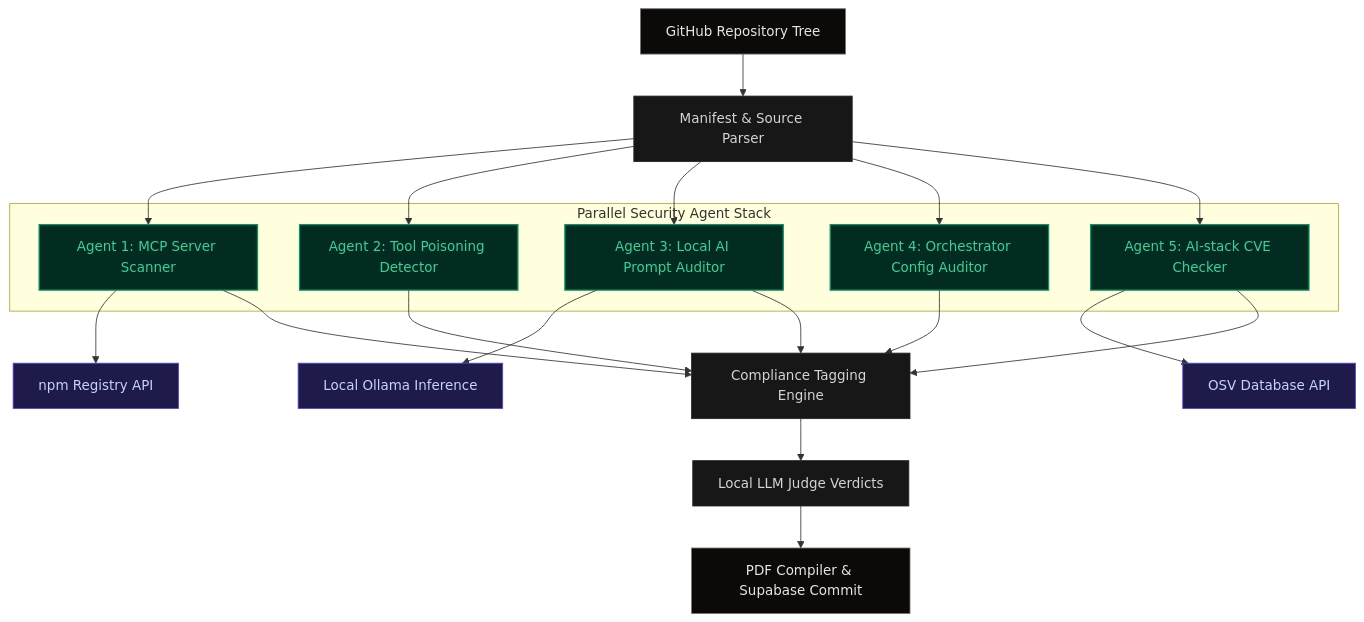
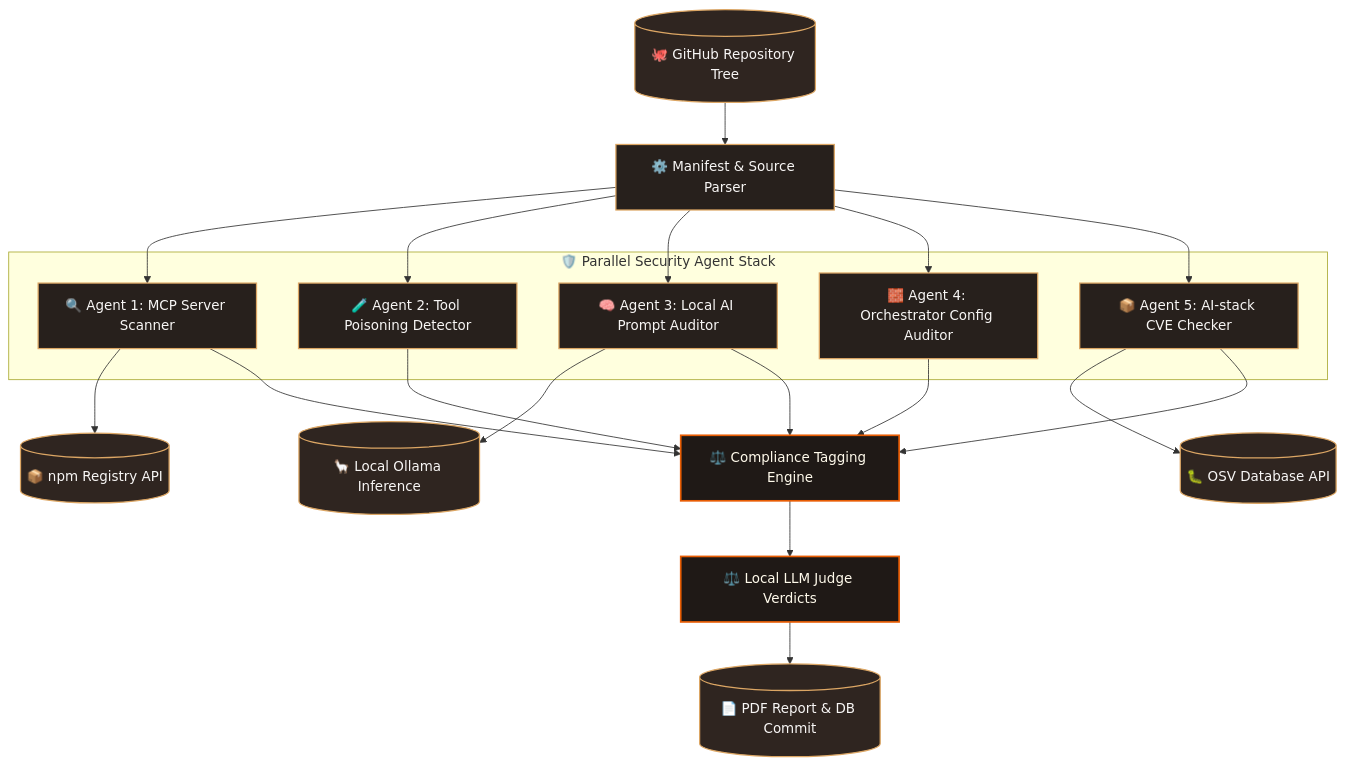
The second of 2 diagrams in docs/TECHNICAL_DOCUMENTATION.md (ritvikindupuri/Ward---MCP-Auditior), drawn with Mermaid before and after one commit. The commit also changed other lines of this file and 1 other file, not shown here.

Commit message:
docs: upgrade architecture and agent flow charts to premium gold-tan themed mermaid diagrams

````diff
--- a/docs/TECHNICAL_DOCUMENTATION.md
+++ b/docs/TECHNICAL_DOCUMENTATION.md
@@ -79,27 +80,37 @@
 ```mermaid
 flowchart TD
-    Repo[GitHub Repository Tree]:::database --> Parser[Manifest & Source Parser]:::default
+    %% Style declarations
+    classDef default fill:#27201c,stroke:#dca664,stroke-width:1.5px,color:#f8f6f5;
+    classDef start fill:#3a2e28,stroke:#dca664,stroke-width:2px,color:#fff;
+    classDef db fill:#2f2520,stroke:#dca664,stroke-width:1.5px,color:#f8f6f5;
+    classDef engine fill:#1f1916,stroke:#e85d04,stroke-width:2px,color:#fffaeb;
+
+    Repo[("🐙 GitHub Repository Tree")]:::db --> Parser["⚙️ Manifest & Source Parser"]:::default
     
-    subgraph Parallel Security Agent Stack
-        A1[Agent 1: MCP Server Scanner]:::highlight
-        A2[Agent 2: Tool Poisoning Detector]:::highlight
-        A3[Agent 3: Local AI Prompt Auditor]:::highlight
-        A4[Agent 4: Orchestrator Config Auditor]:::highlight
-        A5[Agent 5: AI-stack CVE Checker]:::highlight
+    subgraph STACK ["🛡️ Parallel Security Agent Stack"]
+        A1["🔍 Agent 1: MCP Server Scanner"]:::default
+        A2["🧪 Agent 2: Tool Poisoning Detector"]:::default
+        A3["🧠 Agent 3: Local AI Prompt Auditor"]:::default
+        A4["🧱 Agent 4: Orchestrator Config Auditor"]:::default
+        A5["📦 Agent 5: AI-stack CVE Checker"]:::default
     end
     
-    Parser --> A1 & A2 & A3 & A4 & A5
+    Parser --> A1
+    Parser --> A2
+    Parser --> A3
+    Parser --> A4
+    Parser --> A5
     
-    A1 --> npm[npm Registry API]:::api
-    A3 --> Ollama[Local Ollama Inference]:::api
-    A5 --> OSV[OSV Database API]:::api
+    A1 --> NPM[("📦 npm Registry API")]:::db
+    A3 --> Ollama[("🦙 Local Ollama Inference")]:::db
+    A5 --> OSV[("🐛 OSV Database API")]:::db
     
-    A1 & A2 & A3 & A4 & A5 --> Comp[Compliance Tagging Engine]:::default
-    Comp --> Judge[Local LLM Judge Verdicts]:::default
-    Judge --> Report[PDF Compiler & Supabase Commit]:::database
-
-    classDef default fill:#171717,stroke:#262626,stroke-width:1px,color:#d4d4d4;
-    classDef highlight fill:#022c22,stroke:#059669,stroke-width:1.5px,color:#34d399;
-    classDef api fill:#1e1b4b,stroke:#4f46e5,stroke-width:1px,color:#c7d2fe;
-    classDef database fill:#0c0a09,stroke:#78716c,stroke-width:1px,color:#e7e5e4;
+    A1 --> Comp["⚖️ Compliance Tagging Engine"]:::engine
+    A2 --> Comp
+    A3 --> Comp
+    A4 --> Comp
+    A5 --> Comp
+    
+    Comp --> Judge["⚖️ Local LLM Judge Verdicts"]:::engine
+    Judge --> Report[("📄 PDF Report & DB Commit")]:::db
 ```
````
